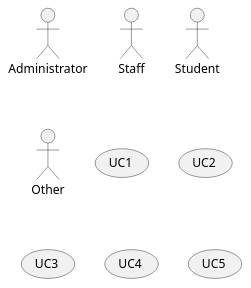
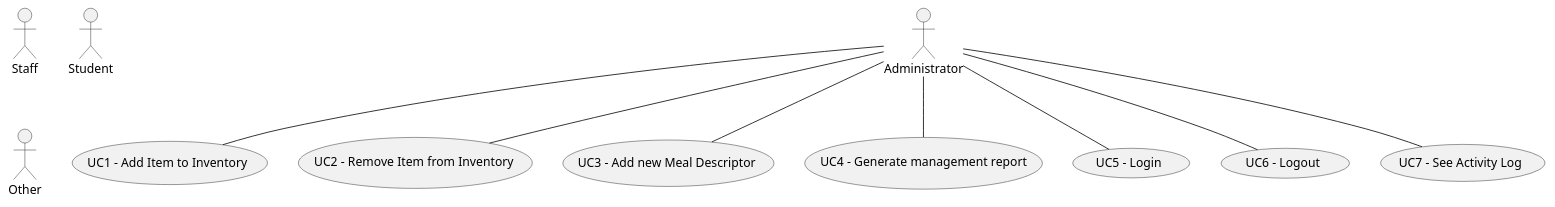
One commit to PeFerreira98/ARQSOFT_2019 changed the diagram in P1/ADD/UseCaseDiagram.puml. Above: the diagram before and after it, drawn with PlantUML. The commit also changed 2 other files, not shown here.

Commit message:
update usecasediagram

```diff
--- a/P1/ADD/UseCaseDiagram.puml
+++ b/P1/ADD/UseCaseDiagram.puml
@@ -1,12 +1,37 @@
-@startuml DeploymentDiagram
+@startuml UseCaseDiagram
 actor Administrator
 actor Staff
 actor Student
 actor Other
 
-usecase UC1
-usecase UC2
-usecase UC3
-usecase UC4
-usecase UC5
+usecase UC1 [
+    UC1 - Add Item to Inventory
+]
+usecase UC2 [ 
+    UC2 - Remove Item from Inventory 
+]
+usecase UC3 [ 
+    UC3 - Add new Meal Descriptor
+]
+usecase UC4 [ 
+    UC4 - Generate management report
+]
+usecase UC5 [ 
+    UC5 - Login
+]
+usecase UC6 [ 
+    UC6 - Logout
+]
+usecase UC7 [
+    UC7 - See Activity Log
+]
+
+Administrator -- UC1
+Administrator -- UC2
+Administrator -- UC3
+Administrator -- UC4
+Administrator -- UC5
+Administrator -- UC6
+Administrator -- UC7
+
 @enduml
```
